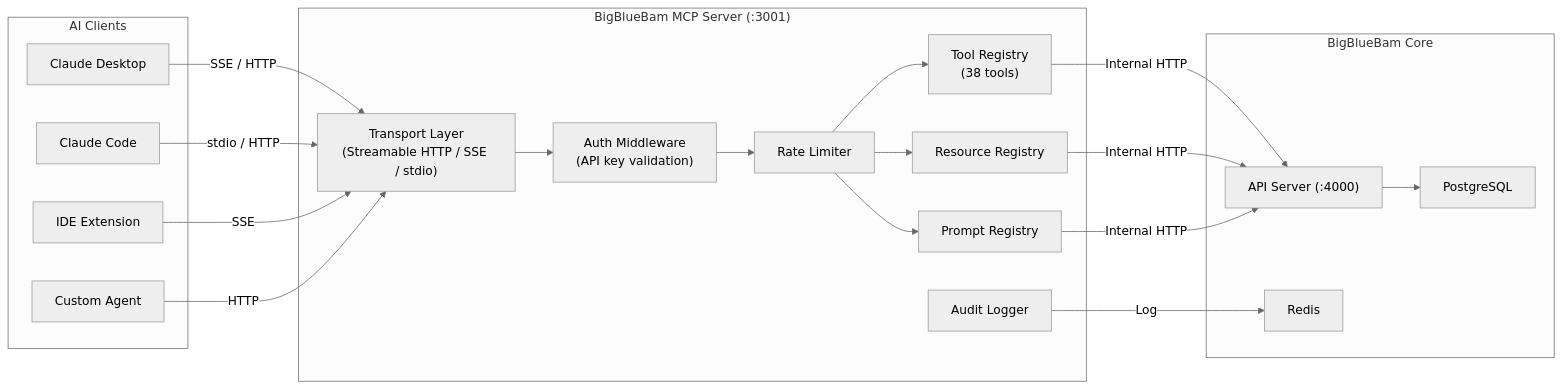
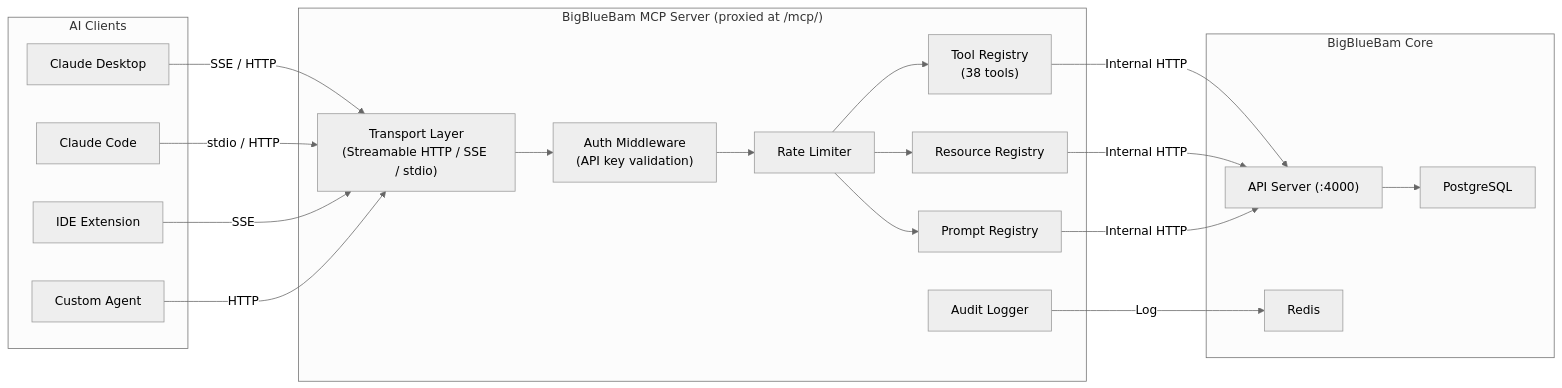
One commit to leith-bartrich/BigBlueBam changed the first of 4 diagrams in docs/mcp-server.md. Above: the diagram before and after it, drawn with Mermaid (neutral theme). The commit also changed other lines of this file and 7 other files, not shown here.

````diff
--- a/docs/mcp-server.md
+++ b/docs/mcp-server.md
@@ -21,42 +21,42 @@
 ```mermaid
 graph LR
     subgraph "AI Clients"
         Claude["Claude Desktop"]
         Code["Claude Code"]
         IDE["IDE Extension"]
         Agent["Custom Agent"]
     end
 
-    subgraph "BigBlueBam MCP Server (:3001)"
+    subgraph "BigBlueBam MCP Server (proxied at /mcp/)"
         Transport["Transport Layer<br/>(Streamable HTTP / SSE / stdio)"]
         Auth["Auth Middleware<br/>(API key validation)"]
         Rate["Rate Limiter"]
         Audit["Audit Logger"]
         Tools["Tool Registry<br/>(38 tools)"]
         Resources["Resource Registry"]
         Prompts["Prompt Registry"]
     end
 
     subgraph "BigBlueBam Core"
         API["API Server (:4000)"]
         DB["PostgreSQL"]
         Redis["Redis"]
     end
 
     Claude -->|"SSE / HTTP"| Transport
     Code -->|"stdio / HTTP"| Transport
     IDE -->|"SSE"| Transport
     Agent -->|"HTTP"| Transport
 
     Transport --> Auth
     Auth --> Rate
     Rate --> Tools
     Rate --> Resources
     Rate --> Prompts
 
     Tools -->|"Internal HTTP"| API
     Resources -->|"Internal HTTP"| API
     Prompts -->|"Internal HTTP"| API
     Audit -->|"Log"| Redis
     API --> DB
 ```
````
